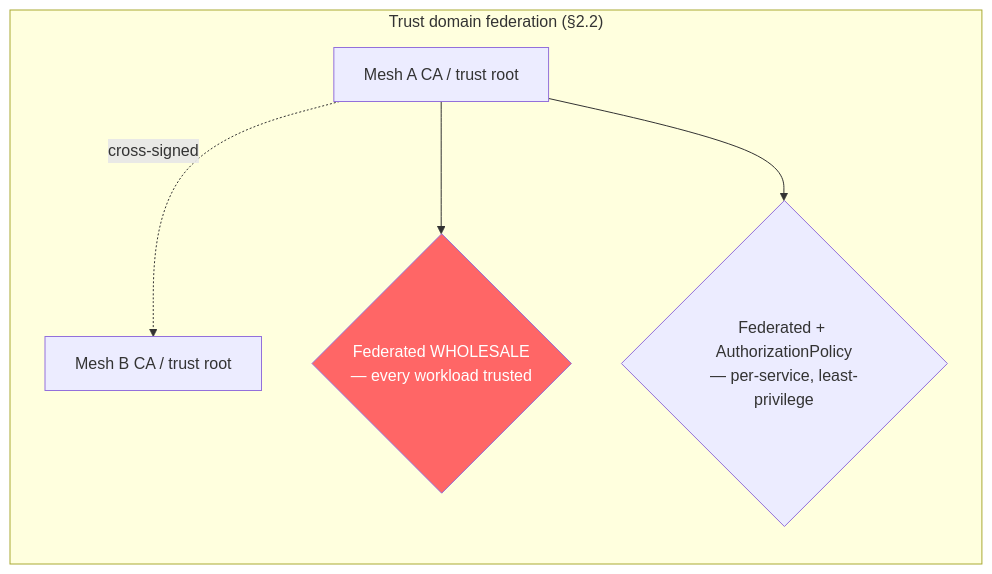
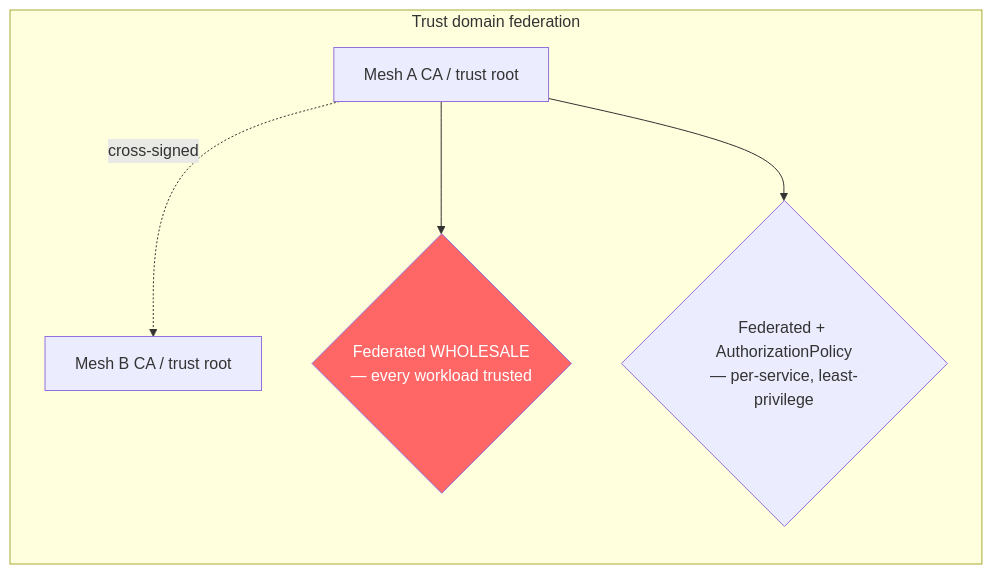
Before and after one commit to umashankarp/InterviewQuestions: the second of 4 diagrams in 39-Service-Mesh/01-MultiCluster-MultiMesh-Federation-AdoptionGovernance.md, drawn with Mermaid. The commit also changed other lines of this file and 173 other files, not shown here.

````diff
--- a/39-Service-Mesh/01-MultiCluster-MultiMesh-Federation-AdoptionGovernance.md
+++ b/39-Service-Mesh/01-MultiCluster-MultiMesh-Federation-AdoptionGovernance.md
@@ -74,9 +74,9 @@
 ```mermaid
 graph LR
-    subgraph "Trust domain federation (§2.2)"
-        RootA[Mesh A CA / trust root] -.cross-signed.-> RootB[Mesh B CA / trust root]
-        RootA --> WideRisk{Federated WHOLESALE<br/>— every workload trusted}
-        RootA --> NarrowFix{Federated + AuthorizationPolicy<br/>— per-service, least-privilege}
-        style WideRisk fill:#f66,color:#fff
-    end
+ subgraph "Trust domain federation"
+ RootA[Mesh A CA / trust root] -.cross-signed.-> RootB[Mesh B CA / trust root]
+ RootA --> WideRisk{Federated WHOLESALE<br/>— every workload trusted}
+ RootA --> NarrowFix{Federated + AuthorizationPolicy<br/>— per-service, least-privilege}
+ style WideRisk fill:#f66,color:#fff
+ end
 ```
````
